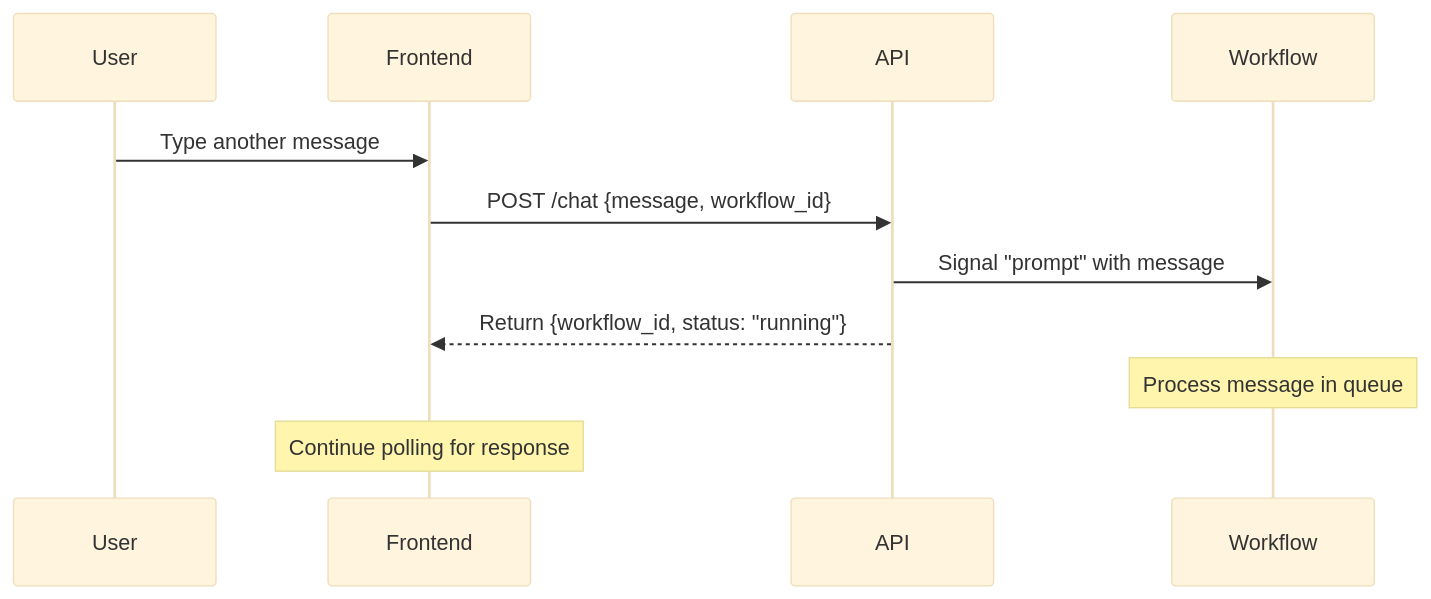
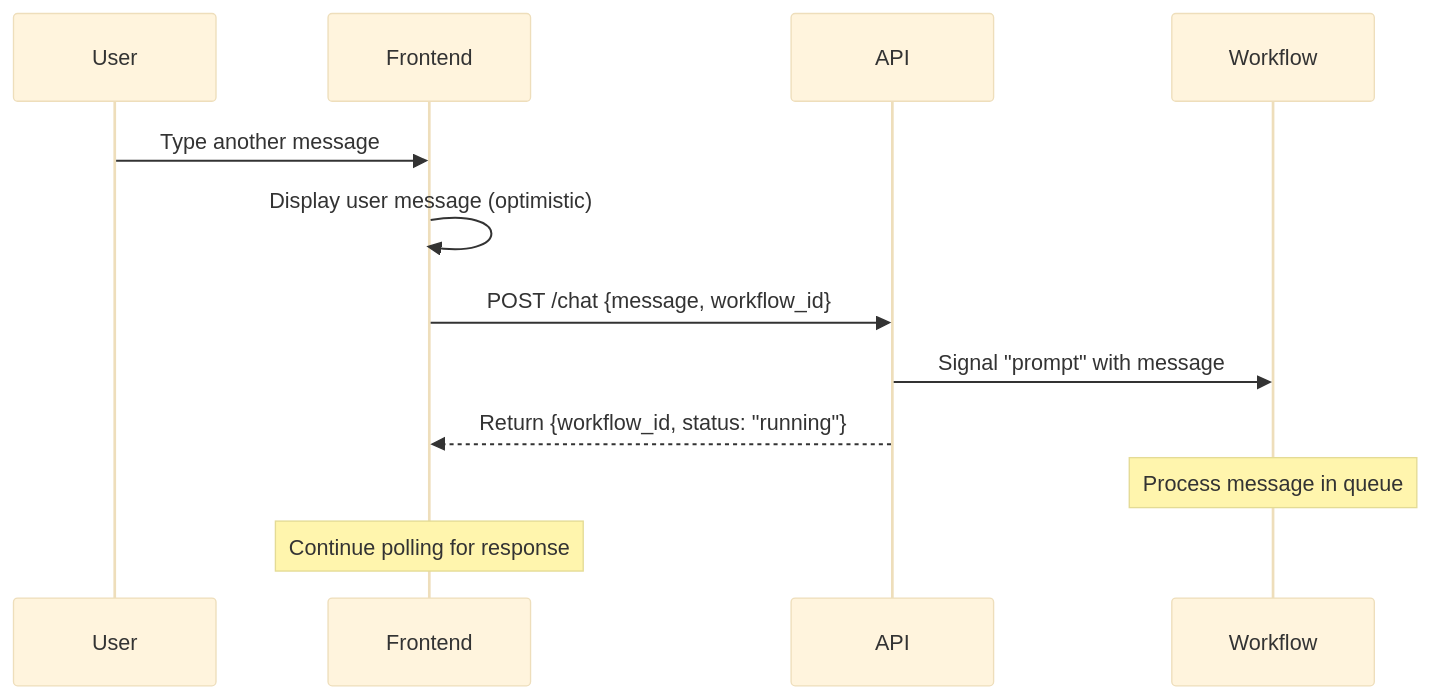
The third of 4 diagrams in docs/CLIENT_ARCHITECTURE.md (retroryan/durable-ai-agent), drawn with Mermaid (base theme) before and after one commit. The commit also changed other lines of this file and 17 other files, not shown here.

````diff
--- a/docs/CLIENT_ARCHITECTURE.md
+++ b/docs/CLIENT_ARCHITECTURE.md
@@ -96,14 +102,15 @@
 ```mermaid
 sequenceDiagram
     participant User
     participant Frontend
     participant API
     participant Workflow
 
     User->>Frontend: Type another message
+    Frontend->>Frontend: Display user message (optimistic)
     Frontend->>API: POST /chat {message, workflow_id}
     API->>Workflow: Signal "prompt" with message
     API-->>Frontend: Return {workflow_id, status: "running"}
     Note over Workflow: Process message in queue
     Note over Frontend: Continue polling for response
 ```
````
